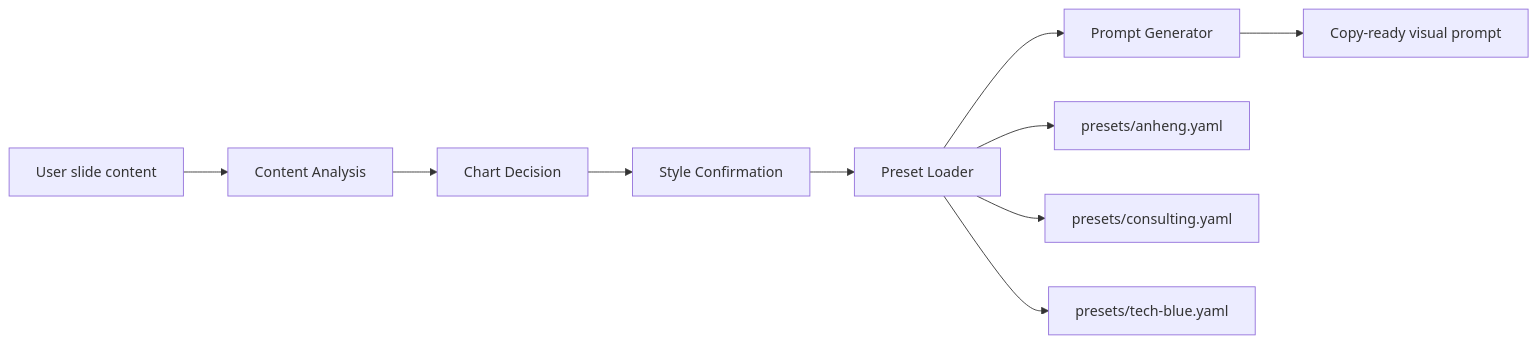
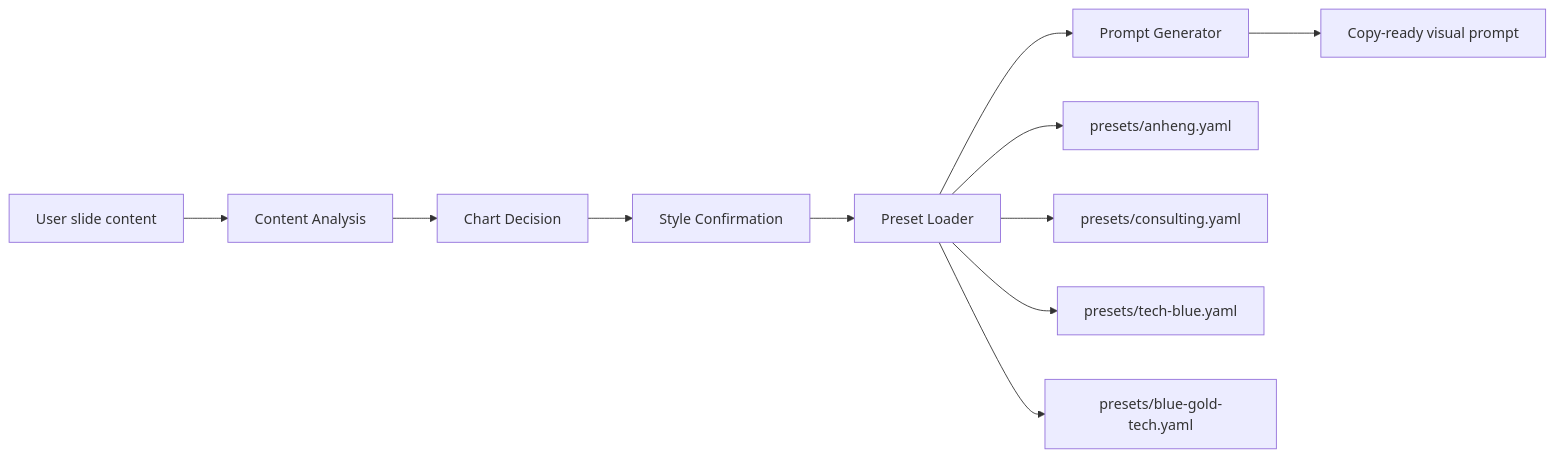
Before and after one commit to cici541/ppt-viz: the first of 2 diagrams in README.md, drawn with Mermaid. The commit also changed other lines of this file and 4 other files, not shown here.

Commit message:
Add blue gold tech style preset

````diff
--- a/README.md
+++ b/README.md
@@ -31,13 +32,14 @@
 ```mermaid
 flowchart LR
     A["User slide content"] --> B["Content Analysis"]
     B --> C["Chart Decision"]
     C --> D["Style Confirmation"]
     D --> E["Preset Loader"]
     E --> F["Prompt Generator"]
     F --> G["Copy-ready visual prompt"]
 
     E --> P1["presets/anheng.yaml"]
     E --> P2["presets/consulting.yaml"]
     E --> P3["presets/tech-blue.yaml"]
+    E --> P4["presets/blue-gold-tech.yaml"]
 ```
````
